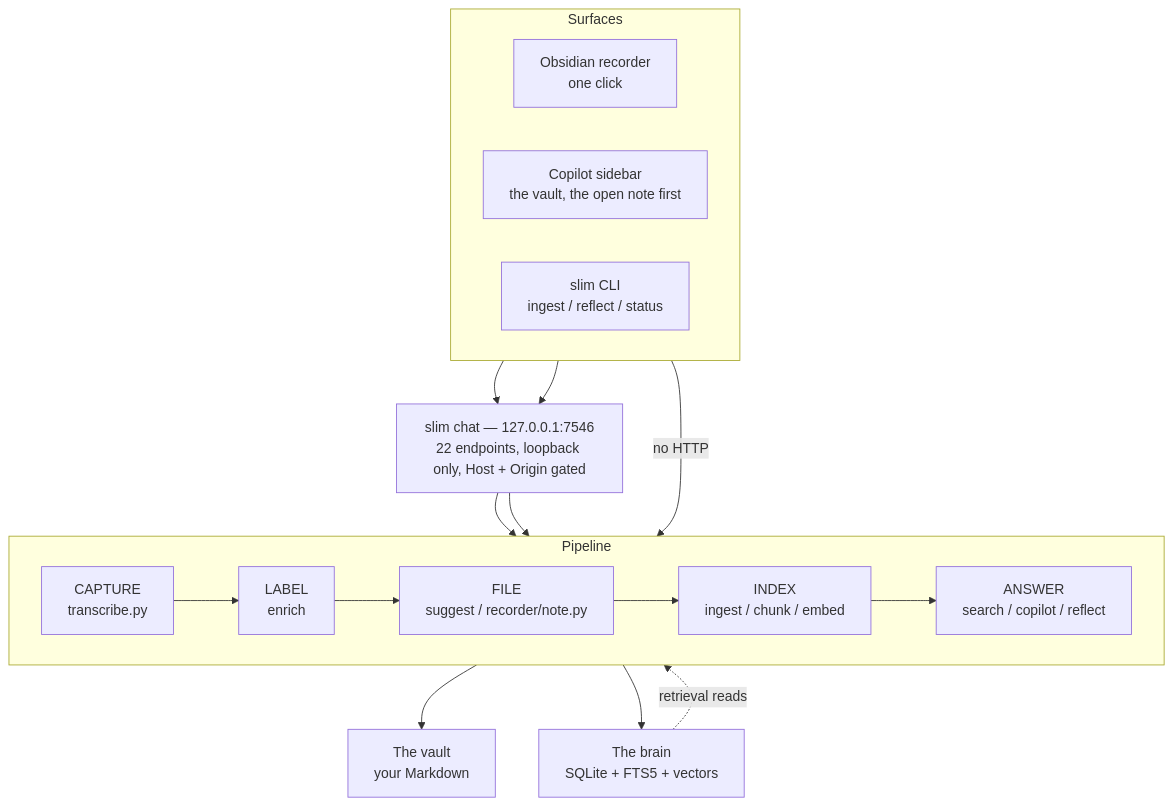
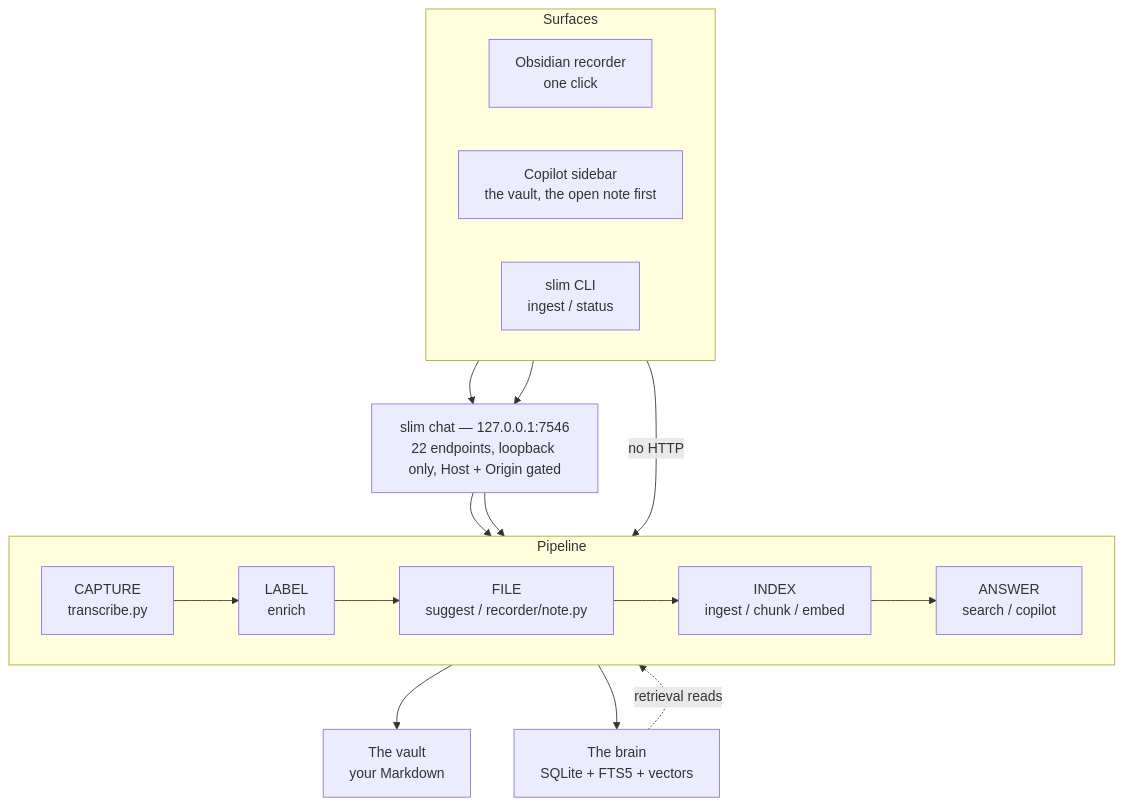
One commit to TimurAkhtemov/slim-obsidian changed the first of 4 diagrams in README.md. Above: the diagram before and after it, drawn with Mermaid. The commit also changed other lines of this file and 40 other files, not shown here.

````diff
--- a/README.md
+++ b/README.md
@@ -43,31 +43,31 @@
 ```mermaid
 flowchart TB
     subgraph S["Surfaces"]
         direction LR
         REC["Obsidian recorder<br/>one click"]
         COP["Copilot sidebar<br/>the vault, the open note first"]
-        CLI["slim CLI<br/>ingest / reflect / status"]
+        CLI["slim CLI<br/>ingest / status"]
     end
 
     SRV["slim chat — 127.0.0.1:7546<br/>22 endpoints, loopback only, Host + Origin gated"]
 
     subgraph P["Pipeline"]
         direction LR
         CAP["CAPTURE<br/>transcribe.py"] --> LAB["LABEL<br/>enrich"]
         LAB --> FIL["FILE<br/>suggest / recorder/note.py"]
         FIL --> IDX["INDEX<br/>ingest / chunk / embed"]
-        IDX --> ANS["ANSWER<br/>search / copilot / reflect"]
+        IDX --> ANS["ANSWER<br/>search / copilot"]
     end
 
     VAULT["The vault<br/>your Markdown"]
     BRAIN["The brain<br/>SQLite + FTS5 + vectors"]
 
     REC --> SRV
     COP --> SRV
     SRV --> CAP
     SRV --> ANS
     CLI -- "no HTTP" --> IDX
     FIL --> VAULT
     IDX --> BRAIN
     BRAIN -. "retrieval reads" .-> ANS
 ```
````
